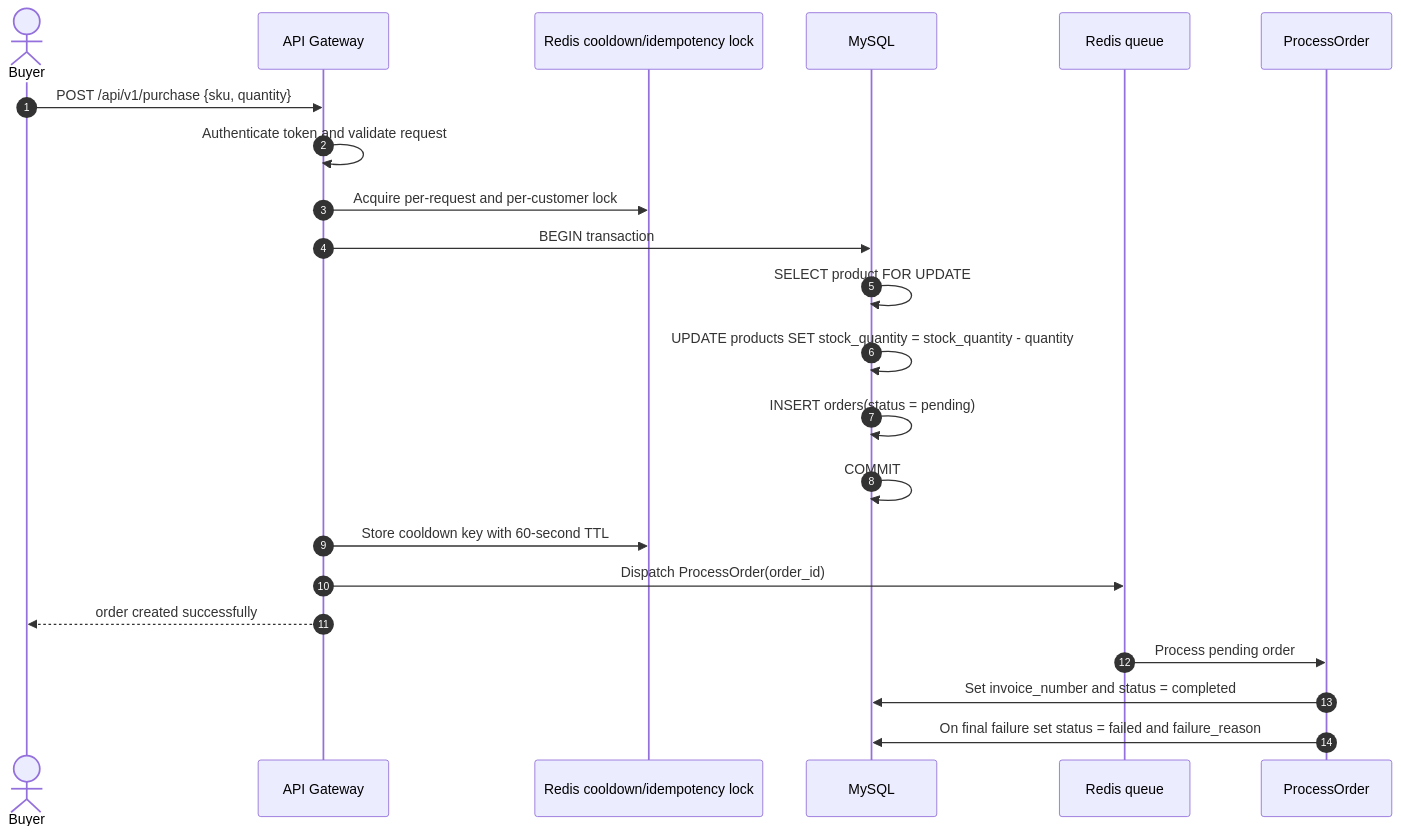
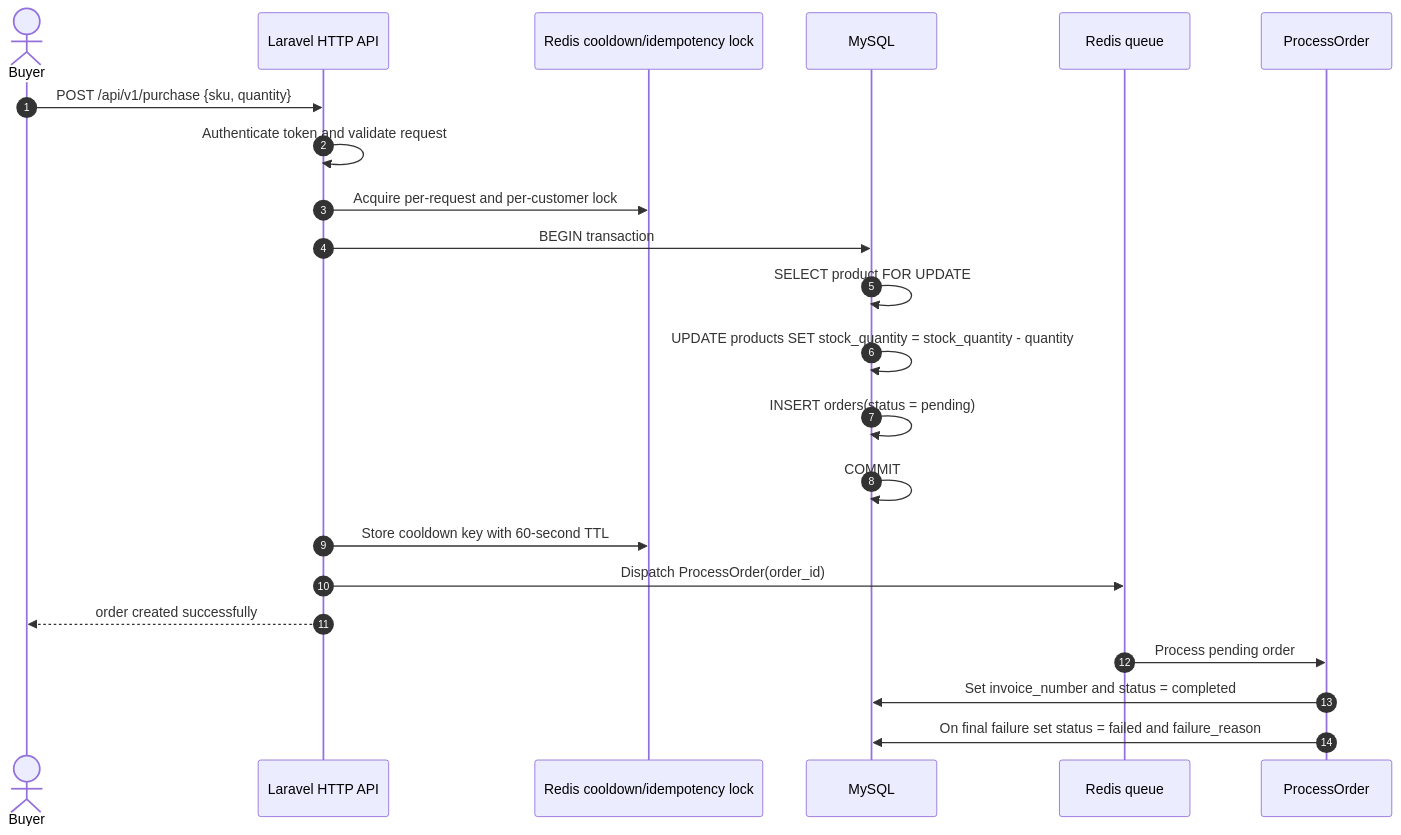
One commit to MD-Junayed000/Flash_Sale_Inventor_System changed the second of 2 diagrams in README.md. Above: the diagram before and after it, drawn with Mermaid. The commit also changed other lines of this file and 2 other files, not shown here.

Commit message:
fix Docker app key setup and document schemas

````diff
--- a/README.md
+++ b/README.md
@@ -134,25 +160,25 @@
 ```mermaid
 sequenceDiagram
     autonumber
     actor Buyer
-    participant API as API Gateway
+    participant API as Laravel HTTP API
     participant Lock as Redis cooldown/idempotency lock
     participant DB as MySQL
     participant Queue as Redis queue
     participant Worker as ProcessOrder
 
     Buyer->>API: POST /api/v1/purchase {sku, quantity}
     API->>API: Authenticate token and validate request
     API->>Lock: Acquire per-request and per-customer lock
     API->>DB: BEGIN transaction
     DB->>DB: SELECT product FOR UPDATE
     DB->>DB: UPDATE products SET stock_quantity = stock_quantity - quantity
     DB->>DB: INSERT orders(status = pending)
     DB->>DB: COMMIT
     API->>Lock: Store cooldown key with 60-second TTL
     API->>Queue: Dispatch ProcessOrder(order_id)
     API-->>Buyer: order created successfully
     Queue->>Worker: Process pending order
     Worker->>DB: Set invoice_number and status = completed
     Worker->>DB: On final failure set status = failed and failure_reason
 ```
````
